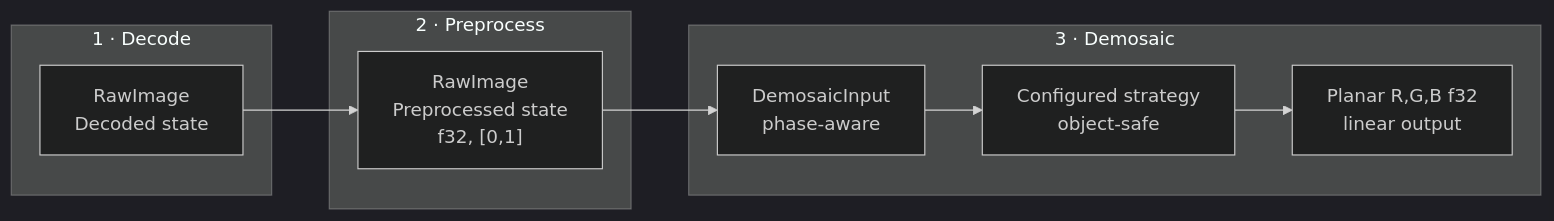
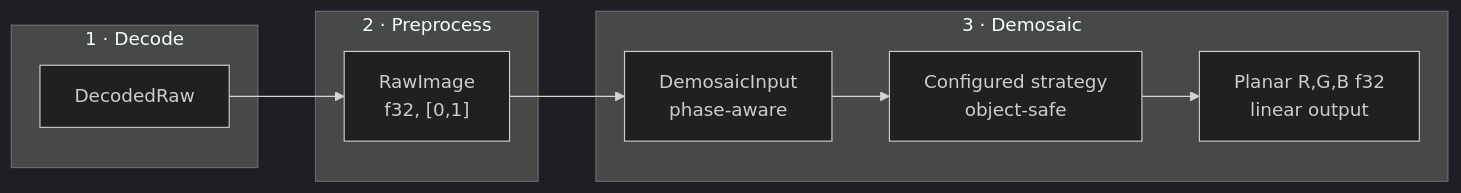
Before and after one commit to Glatzel/fornax: the diagram in docs/raw-pipeline/demosaicing.md, drawn with Mermaid (dark theme). The commit also changed other lines of this file and 12 other files, not shown here.

Commit message:
refactor(impl-core-001): split decoded and preprocessed images

````diff
--- a/docs/raw-pipeline/demosaicing.md
+++ b/docs/raw-pipeline/demosaicing.md
@@ -6,18 +6,18 @@
 ```mermaid
 flowchart LR
     subgraph DecodePhase["1 · Decode"]
-        Decoded["RawImage\nDecoded state"]
+        Decoded["DecodedRaw"]
     end
     subgraph PreprocessPhase["2 · Preprocess"]
-        Ready["RawImage\nPreprocessed state\nf32, [0,1]"]
+        Ready["RawImage\nf32, [0,1]"]
     end
     subgraph DemosaicPhase["3 · Demosaic"]
         Input["DemosaicInput\nphase-aware"]
         Strategy["Configured strategy\nobject-safe"]
         Output["Planar R,G,B f32\nlinear output"]
         Input --> Strategy
         Strategy --> Output
     end
     Decoded --> Ready
     Ready --> Input
 ```
````
